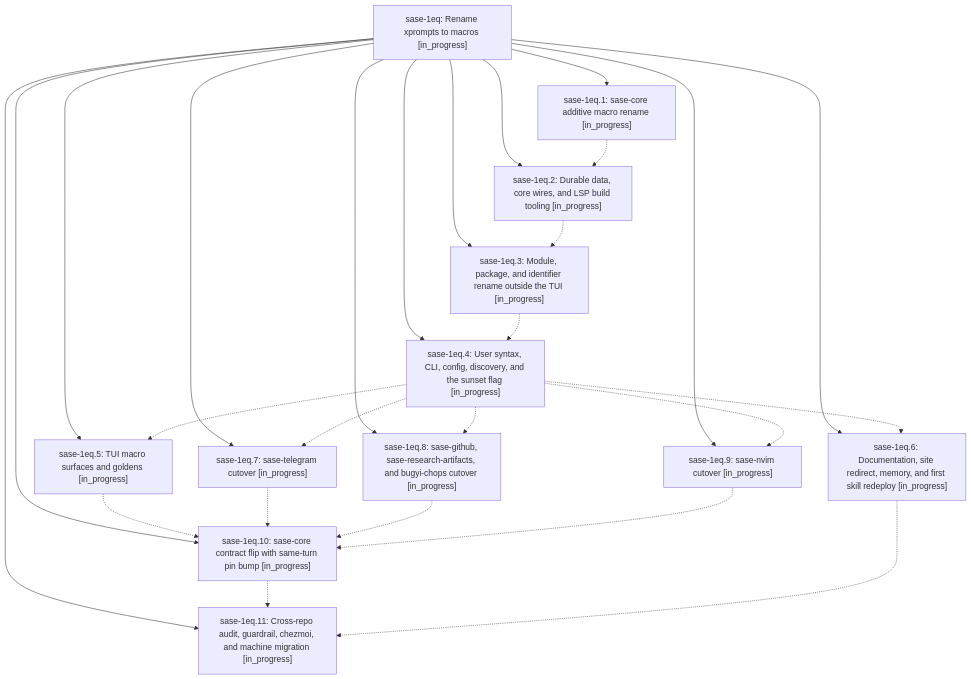
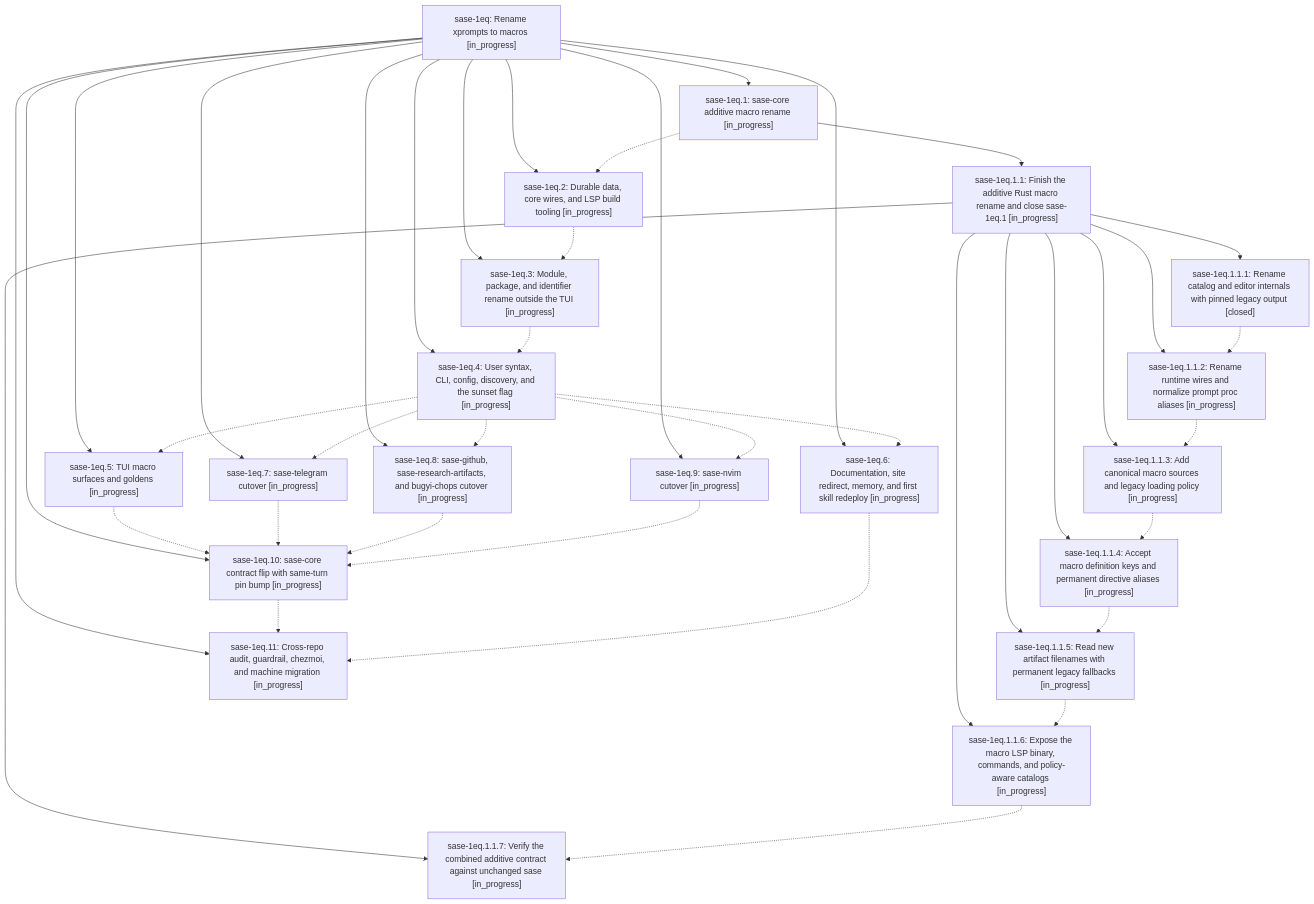
Before and after one commit to sase-org/sase--beads: the diagram in pages/sase-1eq/README.md, drawn with Mermaid. The commit also changed other lines of this file and 8 other files, not shown here.

````diff
--- a/pages/sase-1eq/README.md
+++ b/pages/sase-1eq/README.md
@@ -32,40 +32,62 @@
 ```mermaid
 flowchart TD
     n0["sase-1eq: Rename xprompts to macros [in_progress]"]
     n1["sase-1eq.1: sase-core additive macro rename [in_progress]"]
-    n2["sase-1eq.10: sase-core contract flip with same-turn pin bump [in_progress]"]
-    n3["sase-1eq.11: Cross-repo audit, guardrail, chezmoi, and machine migration [in_progress]"]
-    n4["sase-1eq.2: Durable data, core wires, and LSP build tooling [in_progress]"]
-    n5["sase-1eq.3: Module, package, and identifier rename outside the TUI [in_progress]"]
-    n6["sase-1eq.4: User syntax, CLI, config, discovery, and the sunset flag [in_progress]"]
-    n7["sase-1eq.5: TUI macro surfaces and goldens [in_progress]"]
-    n8["sase-1eq.6: Documentation, site redirect, memory, and first skill redeploy [in_progress]"]
-    n9["sase-1eq.7: sase-telegram cutover [in_progress]"]
-    n10["sase-1eq.8: sase-github, sase-research-artifacts, and bugyi-chops cutover [in_progress]"]
-    n11["sase-1eq.9: sase-nvim cutover [in_progress]"]
+    n2["sase-1eq.1.1: Finish the additive Rust macro rename and close sase-1eq.1 [in_progress]"]
+    n3["sase-1eq.1.1.1: Rename catalog and editor internals with pinned legacy output [closed]"]
+    n4["sase-1eq.1.1.2: Rename runtime wires and normalize prompt proc aliases [in_progress]"]
+    n5["sase-1eq.1.1.3: Add canonical macro sources and legacy loading policy [in_progress]"]
+    n6["sase-1eq.1.1.4: Accept macro definition keys and permanent directive aliases [in_progress]"]
+    n7["sase-1eq.1.1.5: Read new artifact filenames with permanent legacy fallbacks [in_progress]"]
+    n8["sase-1eq.1.1.6: Expose the macro LSP binary, commands, and policy-aware catalogs [in_progress]"]
+    n9["sase-1eq.1.1.7: Verify the combined additive contract against unchanged sase [in_progress]"]
+    n10["sase-1eq.10: sase-core contract flip with same-turn pin bump [in_progress]"]
+    n11["sase-1eq.11: Cross-repo audit, guardrail, chezmoi, and machine migration [in_progress]"]
+    n12["sase-1eq.2: Durable data, core wires, and LSP build tooling [in_progress]"]
+    n13["sase-1eq.3: Module, package, and identifier rename outside the TUI [in_progress]"]
+    n14["sase-1eq.4: User syntax, CLI, config, discovery, and the sunset flag [in_progress]"]
+    n15["sase-1eq.5: TUI macro surfaces and goldens [in_progress]"]
+    n16["sase-1eq.6: Documentation, site redirect, memory, and first skill redeploy [in_progress]"]
+    n17["sase-1eq.7: sase-telegram cutover [in_progress]"]
+    n18["sase-1eq.8: sase-github, sase-research-artifacts, and bugyi-chops cutover [in_progress]"]
+    n19["sase-1eq.9: sase-nvim cutover [in_progress]"]
     n0 --> n1
-    n0 --> n2
-    n0 --> n3
-    n0 --> n4
-    n0 --> n5
-    n0 --> n6
-    n0 --> n7
-    n0 --> n8
-    n0 --> n9
+    n1 --> n2
+    n2 --> n3
+    n2 --> n4
+    n2 --> n5
+    n2 --> n6
+    n2 --> n7
+    n2 --> n8
+    n2 --> n9
     n0 --> n10
     n0 --> n11
-    n1 -.-> n4
-    n2 -.-> n3
+    n0 --> n12
+    n0 --> n13
+    n0 --> n14
+    n0 --> n15
+    n0 --> n16
+    n0 --> n17
+    n0 --> n18
+    n0 --> n19
+    n1 -.-> n12
+    n3 -.-> n4
     n4 -.-> n5
     n5 -.-> n6
     n6 -.-> n7
-    n6 -.-> n8
-    n6 -.-> n9
-    n6 -.-> n10
-    n6 -.-> n11
-    n7 -.-> n2
-    n8 -.-> n3
-    n9 -.-> n2
-    n10 -.-> n2
-    n11 -.-> n2
+    n7 -.-> n8
+    n8 -.-> n9
+    n10 -.-> n11
+    n12 -.-> n13
+    n13 -.-> n14
+    n14 -.-> n15
+    n14 -.-> n16
+    n14 -.-> n17
+    n14 -.-> n18
+    n14 -.-> n19
+    n15 -.-> n10
+    n16 -.-> n11
+    n17 -.-> n10
+    n18 -.-> n10
+    n19 -.-> n10
 ```
````
